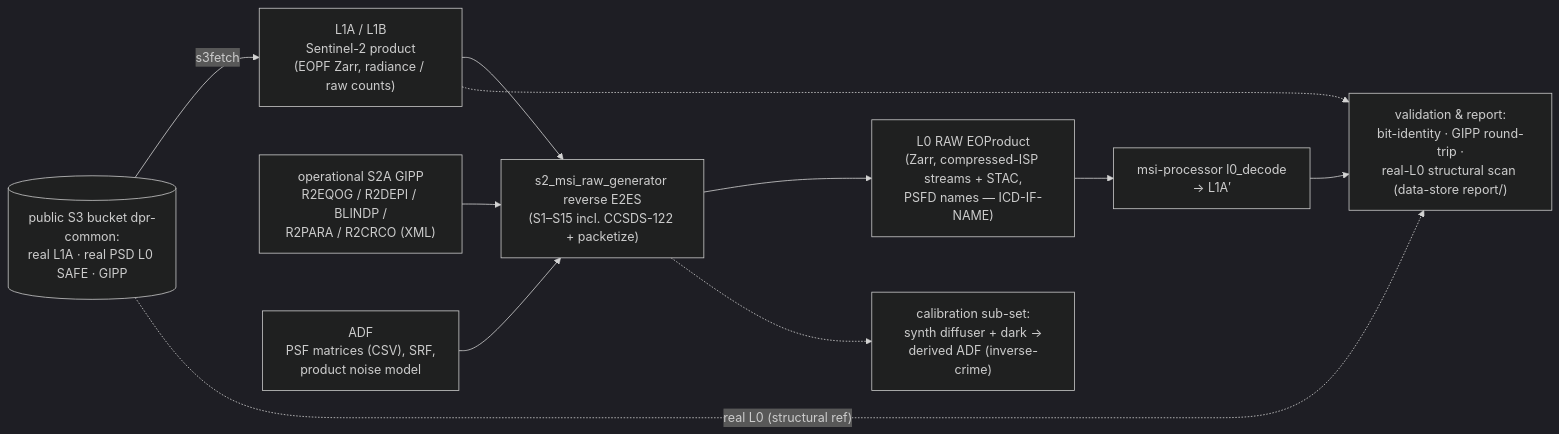
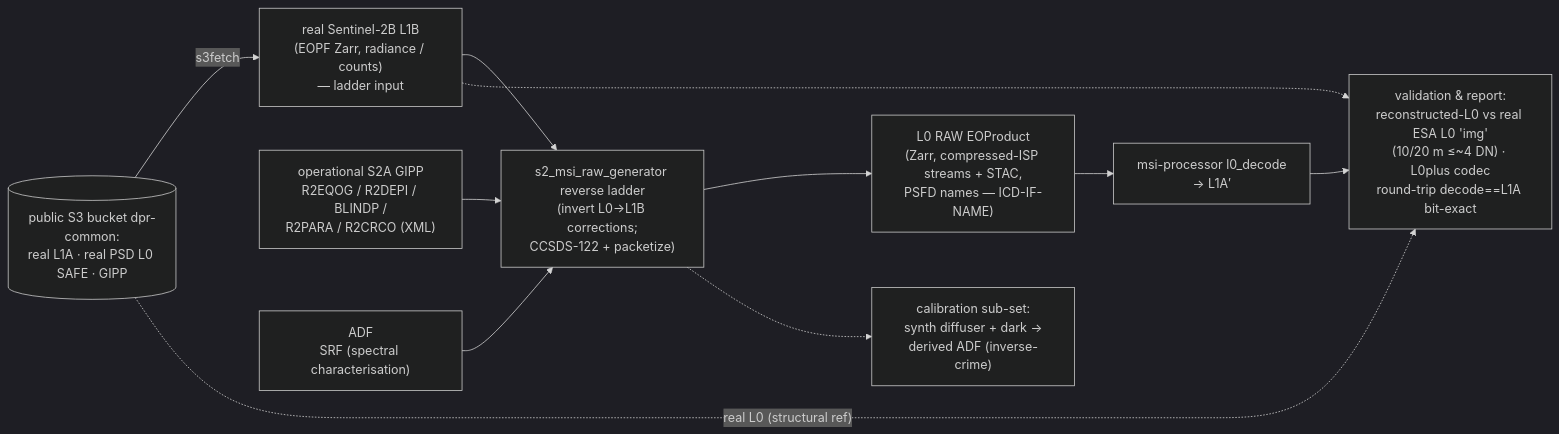
One commit to AstroCan17/s2-msi-raw-generator changed the first of 2 diagrams in docs/dpm/context.md. Above: the diagram before and after it, drawn with Mermaid (dark theme). The commit also changed other lines of this file and 40 other files, not shown here.

````diff
--- a/docs/dpm/context.md
+++ b/docs/dpm/context.md
@@ -19,21 +19,21 @@
 ```mermaid
 flowchart LR
     BKT[("public S3 bucket dpr-common:<br/>real L1A · real PSD L0 SAFE · GIPP")]
-    L1["L1A / L1B<br/>Sentinel-2 product<br/>(EOPF Zarr, radiance / raw counts)"]
+    L1["real Sentinel-2B L1B<br/>(EOPF Zarr, radiance / counts)<br/>— ladder input"]
     GIPP["operational S2A GIPP<br/>R2EQOG / R2DEPI / BLINDP /<br/>R2PARA / R2CRCO (XML)"]
-    ADF["ADF<br/>PSF matrices (CSV), SRF,<br/>product noise model"]
-    E2ES["s2_msi_raw_generator reverse E2ES<br/>(S1–S15 incl. CCSDS-122 + packetize)"]
+    ADF["ADF<br/>SRF (spectral characterisation)"]
+    E2ES["s2_msi_raw_generator reverse ladder<br/>(invert L0→L1B corrections;<br/>CCSDS-122 + packetize)"]
     L0["L0 RAW EOProduct<br/>(Zarr, compressed-ISP streams + STAC,<br/>PSFD names — ICD-IF-NAME)"]
     CAL["calibration sub-set:<br/>synth diffuser + dark →<br/>derived ADF (inverse-crime)"]
     MSI["msi-processor l0_decode<br/>→ L1A′"]
-    REP["validation & report:<br/>bit-identity · GIPP round-trip ·<br/>real-L0 structural scan (data-store report/)"]
+    REP["validation & report:<br/>reconstructed-L0 vs real ESA L0 'img'<br/>(10/20 m ≤~4 DN) · L0plus codec<br/>round-trip decode==L1A bit-exact"]
     BKT -->|"s3fetch"| L1
     BKT -.->|"real L0 (structural ref)"| REP
     L1 --> E2ES
     GIPP --> E2ES
     ADF --> E2ES
     E2ES --> L0
     E2ES -.-> CAL
     L0 --> MSI --> REP
     L1 -.-> REP
 ```
````
